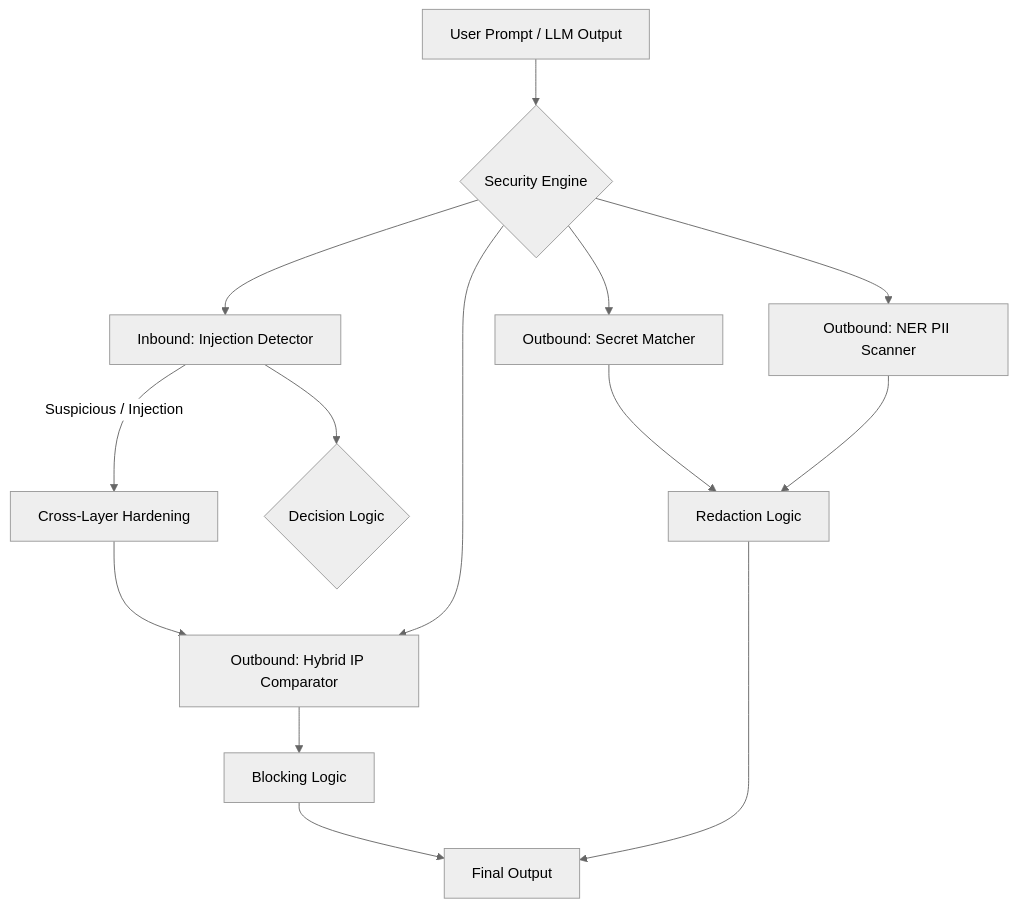
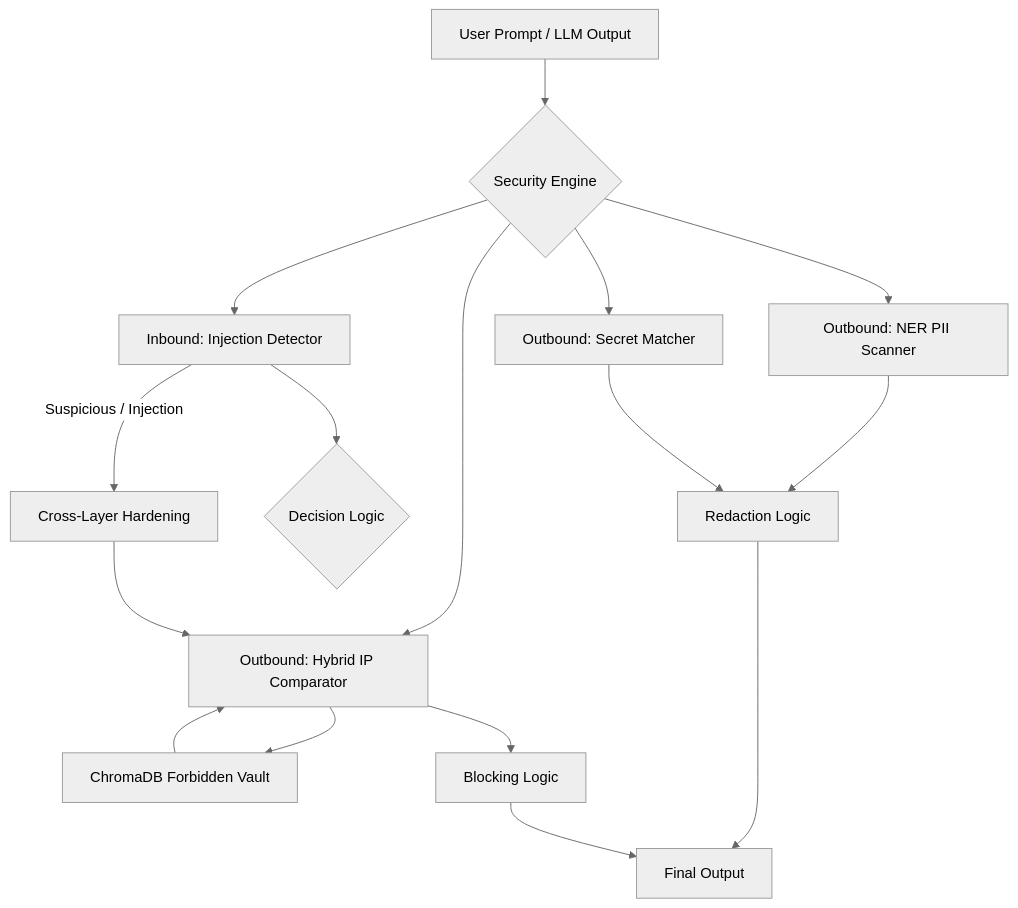
One commit to meghanadasireddy16-debug/llm-leak-detector changed the diagram in README.md. Above: the diagram before and after it, drawn with Mermaid (neutral theme). The commit also changed other lines of this file, not shown here.

````diff
--- a/README.md
+++ b/README.md
@@ -42,17 +44,19 @@
 ```mermaid
 graph TD
 
     A[User Prompt / LLM Output] --> B{Security Engine}
     B --> C[Inbound: Injection Detector]
     B --> D[Outbound: NER PII Scanner]
     B --> E[Outbound: Secret Matcher]
     B --> F[Outbound: Hybrid IP Comparator]
-    C -->|Suspicious / Injection| G[Cross-Layer Hardening]
+    F --> G[ChromaDB Forbidden Vault]
     G --> F
-    C --> H{Decision Logic}
-    D --> I[Redaction Logic]
-    E --> I
-    F --> J[Blocking Logic]
-    I --> K[Final Output]
-    J --> K
+    C -->|Suspicious / Injection| H[Cross-Layer Hardening]
+    H --> F
+    C --> I{Decision Logic}
+    D --> J[Redaction Logic]
+    E --> J
+    F --> K[Blocking Logic]
+    J --> L[Final Output]
+    K --> L
 ```
````
